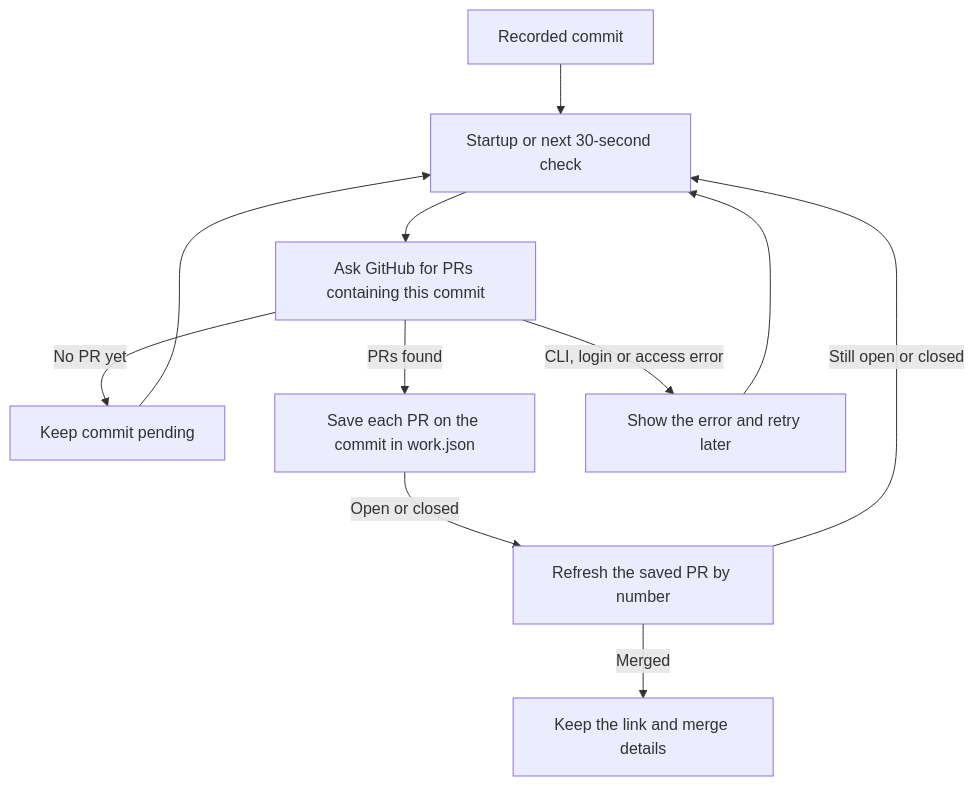
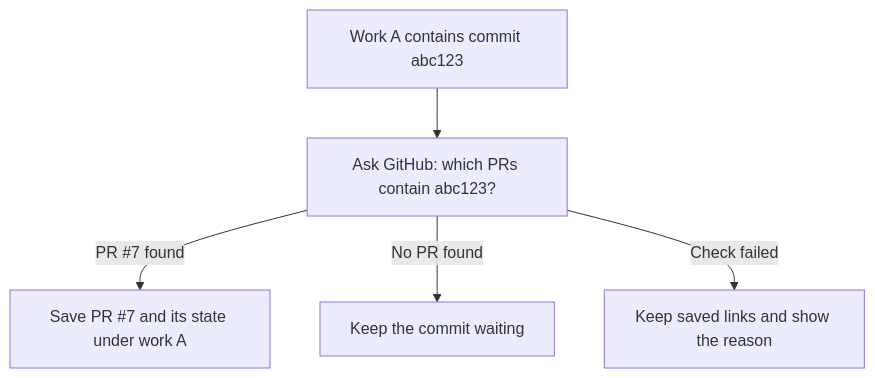
The sixth of 6 diagrams in docs/work-attribution.md (getkimchi/kimchi), drawn with Mermaid before and after one commit. The commit also changed other lines of this file and 12 other files, not shown here.

````diff
--- a/docs/work-attribution.md
+++ b/docs/work-attribution.md
@@ -143,13 +145,7 @@
 ```mermaid
 flowchart TD
-    C["Recorded commit"] --> S["Startup or next 30-second check"]
-    S --> G["Ask GitHub for PRs containing this commit"]
-    G -->|No PR yet| P["Keep commit pending"]
-    P --> S
-    G -->|PRs found| W["Save each PR on the commit in work.json"]
-    W -->|Open or closed| R["Refresh the saved PR by number"]
-    R -->|Merged| M["Keep the link and merge details"]
-    R -->|Still open or closed| S
-    G -->|CLI, login or access error| E["Show the error and retry later"]
-    E --> S
+    C["Work A contains commit abc123"] --> G["Ask GitHub: which PRs contain abc123?"]
+    G -->|PR #7 found| L["Save PR #7 and its state under work A"]
+    G -->|No PR found| P["Keep the commit waiting"]
+    G -->|Check failed| E["Keep saved links and show the reason"]
 ```
````
